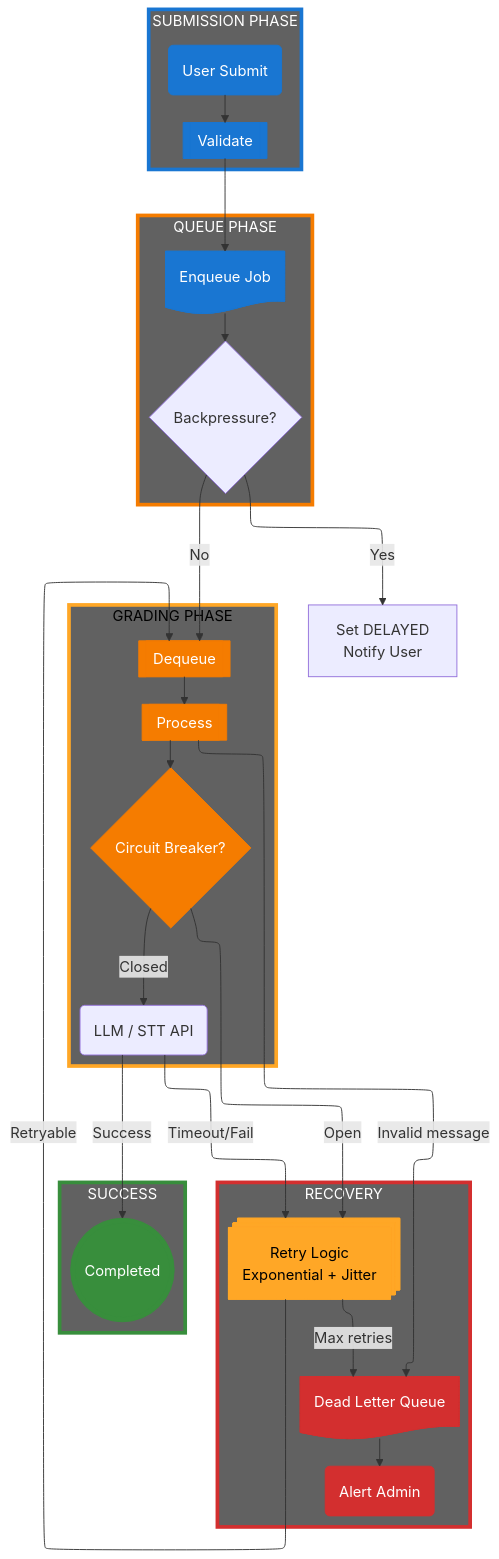
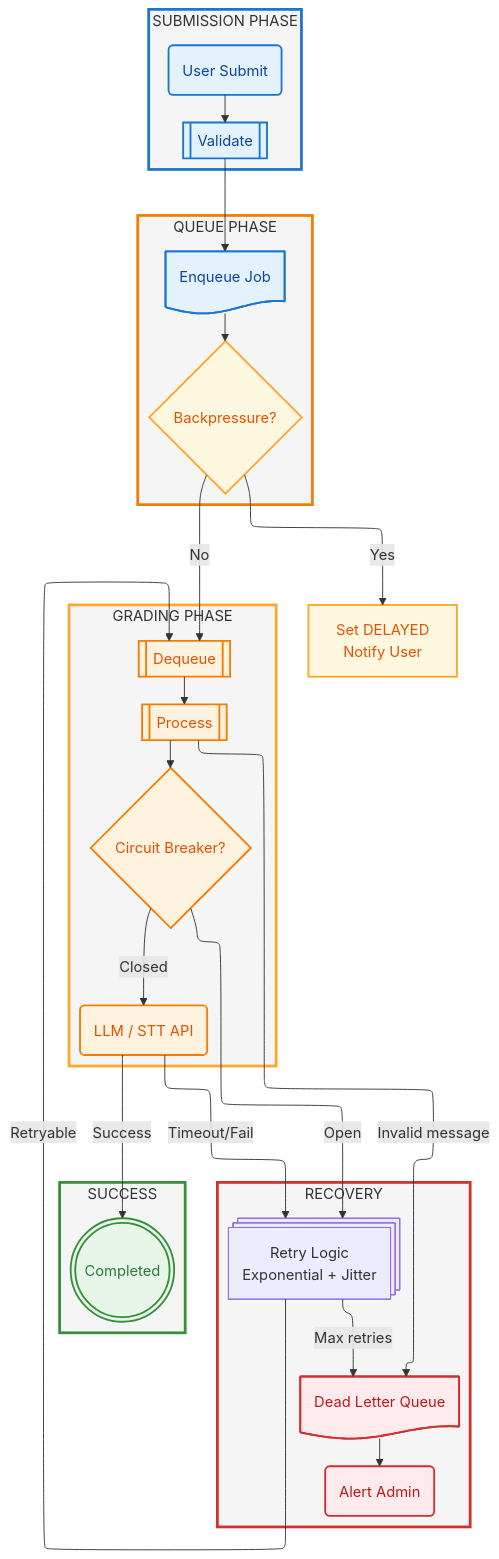
Before and after one commit to nghyane/VSTEP: the third of 12 diagrams in docs/capstone/diagrams/flow-diagrams.vi.md, drawn with Mermaid. The commit also changed other lines of this file, not shown here.

First line of the commit message:
style(docs): fix mermaid diagram colors to pastel scheme

````diff
--- a/docs/capstone/diagrams/flow-diagrams.vi.md
+++ b/docs/capstone/diagrams/flow-diagrams.vi.md
@@ -164,75 +164,75 @@
 ```mermaid
 ---
 config:
   layout: elk
 ---
 flowchart TB
     subgraph Submission["SUBMISSION PHASE"]
         Submit@{ shape: rounded, label: "User Submit" }
         Validate@{ shape: fr-rect, label: "Validate" }
     end
 
     subgraph QueuePhase["QUEUE PHASE"]
         Enqueue@{ shape: doc, label: "Enqueue Job" }
         Backpressure@{ shape: diam, label: "Backpressure?" }
     end
 
     subgraph Processing["GRADING PHASE"]
         Dequeue@{ shape: fr-rect, label: "Dequeue" }
         Process@{ shape: fr-rect, label: "Process" }
         Circuit@{ shape: diam, label: "Circuit Breaker?" }
         External@{ shape: rounded, label: "LLM / STT API" }
     end
 
     subgraph Recovery["RECOVERY"]
         Retry@{ shape: st-rect, label: "Retry Logic\nExponential + Jitter" }
         DLQ@{ shape: doc, label: "Dead Letter Queue" }
         Alert@{ shape: rounded, label: "Alert Admin" }
     end
 
     subgraph Success["SUCCESS"]
         Complete@{ shape: dbl-circ, label: "Completed" }
     end
 
     Submit --> Validate --> Enqueue --> Backpressure
     Backpressure -->|"No"| Dequeue
     Backpressure -->|"Yes"| Delayed["Set DELAYED\nNotify User"]
     
     Dequeue --> Process --> Circuit
     Circuit -->|"Closed"| External
     Circuit -->|"Open"| Retry
     
     External -->|"Success"| Complete
     External -->|"Timeout/Fail"| Retry
     
     Retry -->|"Retryable"| Dequeue
     Retry -->|"Max retries"| DLQ --> Alert
     
     Process -->|"Invalid message"| DLQ
 
-    %% Nodes
-    classDef normal fill:#1976d2,stroke:#1976d2,color:#fff
-    classDef decision fill:#f57c00,stroke:#f57c00,color:#fff
-    classDef warning fill:#ffa726,stroke:#ffa726,color:#000
-    classDef error fill:#d32f2f,stroke:#d32f2f,color:#fff
-    classDef success fill:#388e3c,stroke:#388e3c,color:#fff
+    %% Nodes - soft pastel fill with dark text
+    classDef normal fill:#e3f2fd,stroke:#1976d2,stroke-width:2px,color:#0d47a1
+    classDef decision fill:#fff3e0,stroke:#f57c00,stroke-width:2px,color:#e65100
+    classDef warning fill:#fff8e1,stroke:#ffa726,stroke-width:2px,color:#e65100
+    classDef error fill:#ffebee,stroke:#d32f2f,stroke-width:2px,color:#b71c1c
+    classDef success fill:#e8f5e9,stroke:#388e3c,stroke-width:2px,color:#2e7d32
 
-    %% Boxes - mid-gray fill with colored border
-    classDef normalBox fill:#616161,stroke:#1976d2,stroke-width:4px,color:#fff
-    classDef queueBox fill:#616161,stroke:#f57c00,stroke-width:4px,color:#fff
-    classDef processBox fill:#616161,stroke:#ffa726,stroke-width:4px,color:#000
-    classDef errorBox fill:#616161,stroke:#d32f2f,stroke-width:4px,color:#fff
-    classDef successBox fill:#616161,stroke:#388e3c,stroke-width:4px,color:#fff
+    %% Boxes - light tint with matching border
+    classDef normalBox fill:#f5f5f5,stroke:#1976d2,stroke-width:3px,color:#333
+    classDef queueBox fill:#f5f5f5,stroke:#f57c00,stroke-width:3px,color:#333
+    classDef processBox fill:#f5f5f5,stroke:#ffa726,stroke-width:3px,color:#333
+    classDef errorBox fill:#f5f5f5,stroke:#d32f2f,stroke-width:3px,color:#333
+    classDef successBox fill:#f5f5f5,stroke:#388e3c,stroke-width:3px,color:#333
 
     class Submission normalBox
     class QueuePhase queueBox
     class Processing processBox
     class Recovery errorBox
     class Success successBox
 
-    class Submit,Validate,SaveLocal,Enqueue,QueueMonitor normal
-    class Dequeue,Process,Circuit,LLMCall,STTCall decision
-    class Retry warning
+    class Submit,Validate,Enqueue normal
+    class Dequeue,Process,Circuit,External decision
+    class Backpressure,Delayed warning
     class DLQ,Alert error
     class Complete success
 ```
````
